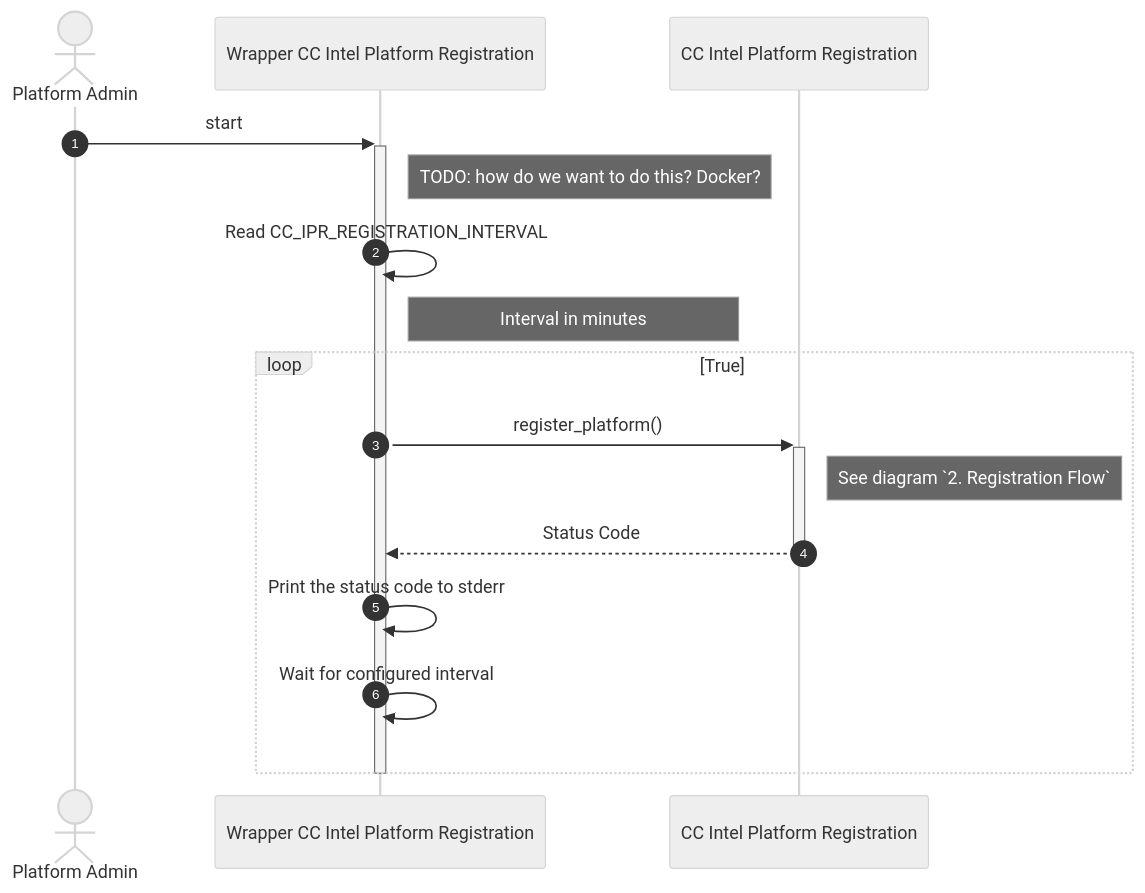
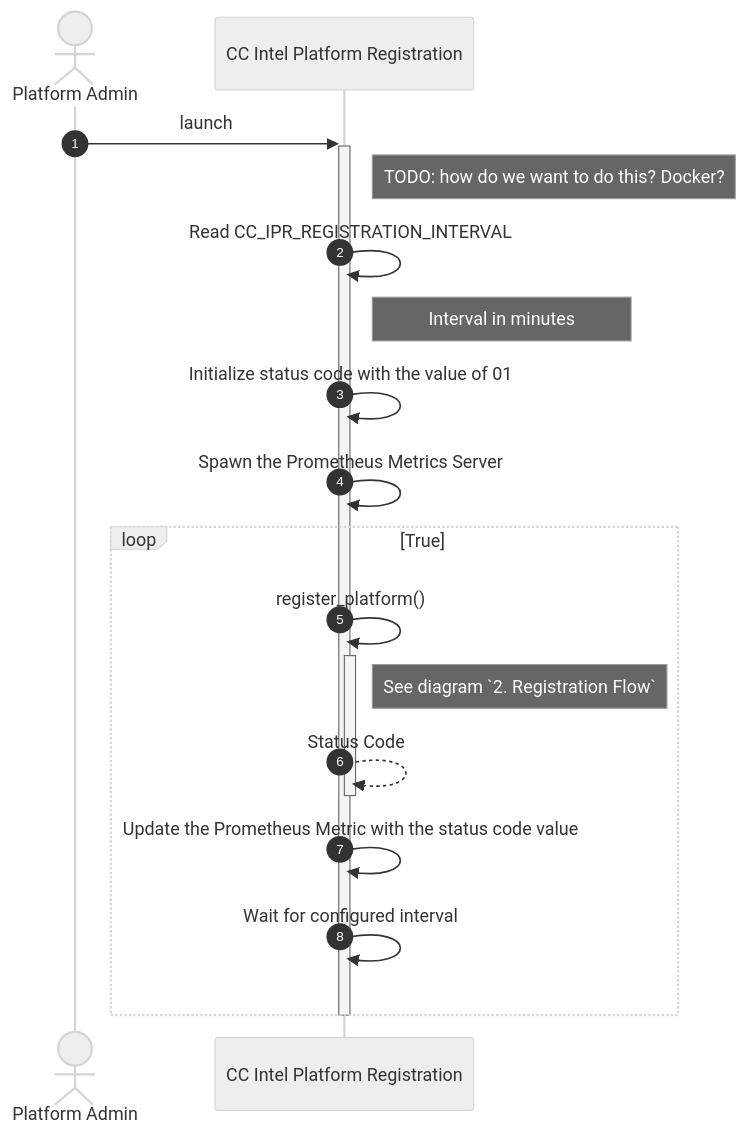
One commit to opensovereigncloud/cc-intel-platform-registration changed the first of 4 diagrams in docs/sequence_diagrams/registration.md. Above: the diagram before and after it, drawn with Mermaid (neutral theme). The commit also changed other lines of this file, not shown here.

Commit message:
add Prometheus support

````diff
--- a/docs/sequence_diagrams/registration.md
+++ b/docs/sequence_diagrams/registration.md
@@ -40,26 +42,29 @@
 ```mermaid
 sequenceDiagram
     actor admin as Platform Admin
-    participant w_cc_ipr as Wrapper CC Intel Platform Registration
     participant cc_ipr as CC Intel Platform Registration
     
     autonumber
 
-    admin->>+w_cc_ipr: start
-        note right of w_cc_ipr: TODO: how do we want to do this? Docker?
+    admin->>+cc_ipr: launch
+        note right of cc_ipr: TODO: how do we want to do this? Docker?
 
-        w_cc_ipr->>w_cc_ipr: Read CC_IPR_REGISTRATION_INTERVAL
-        note right of w_cc_ipr: Interval in minutes
+        cc_ipr->>cc_ipr: Read CC_IPR_REGISTRATION_INTERVAL
+        note right of cc_ipr: Interval in minutes
+
+        cc_ipr->>cc_ipr: Initialize status code with the value of 01
+
+        cc_ipr->>cc_ipr: Spawn the Prometheus Metrics Server
 
         loop True
-            w_cc_ipr->>+cc_ipr: register_platform()
+            cc_ipr->>+cc_ipr: register_platform()
                 note right of cc_ipr: See diagram `2. Registration Flow`
-            cc_ipr-->>-w_cc_ipr: Status Code
+            cc_ipr-->>-cc_ipr: Status Code
 
-            w_cc_ipr->>w_cc_ipr: Print the status code to stderr
+            cc_ipr->>cc_ipr: Update the Prometheus Metric with the status code value
 
-            w_cc_ipr->>w_cc_ipr: Wait for configured interval
+            cc_ipr->>cc_ipr: Wait for configured interval
         end
 
-    deactivate w_cc_ipr
+    deactivate cc_ipr
 ```
````
